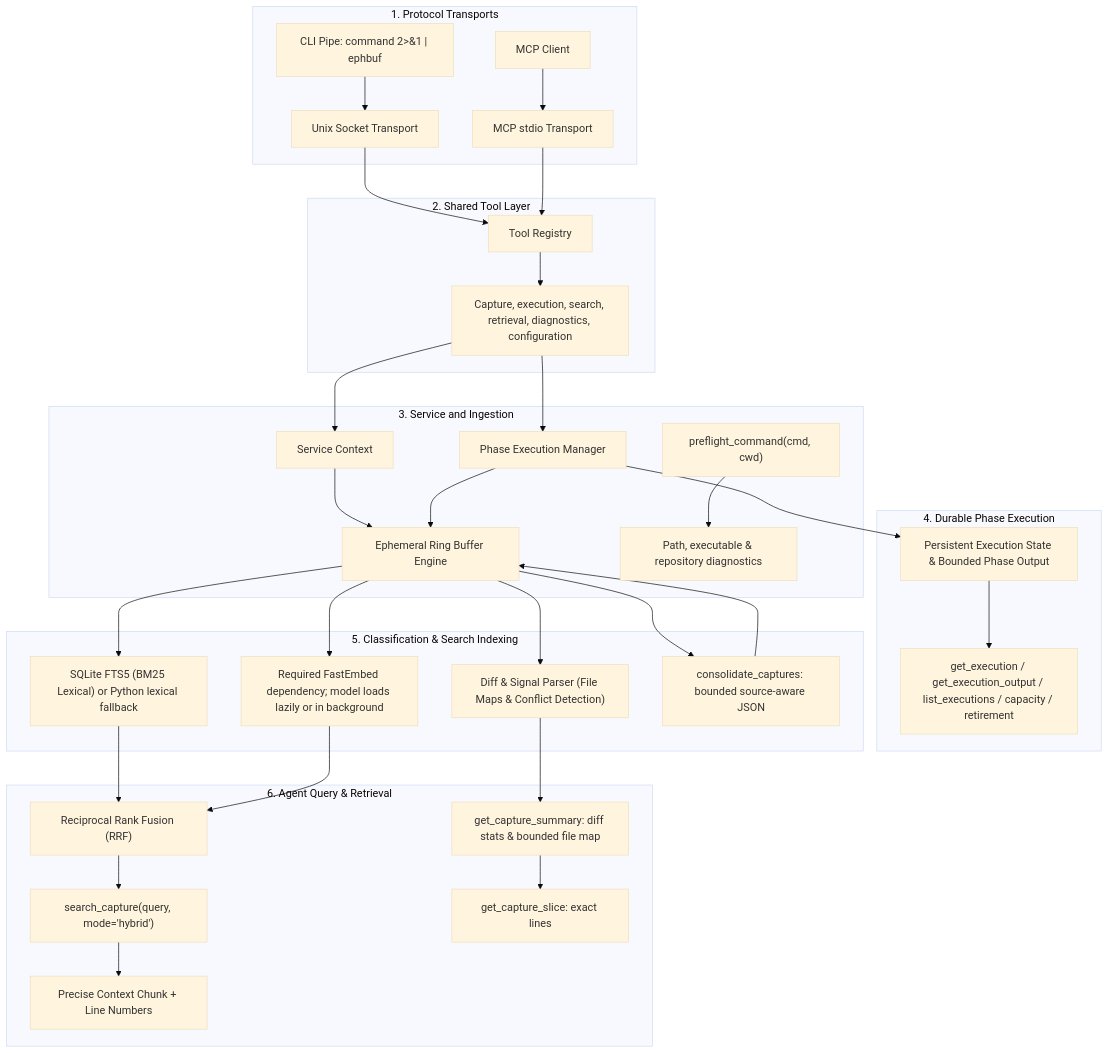
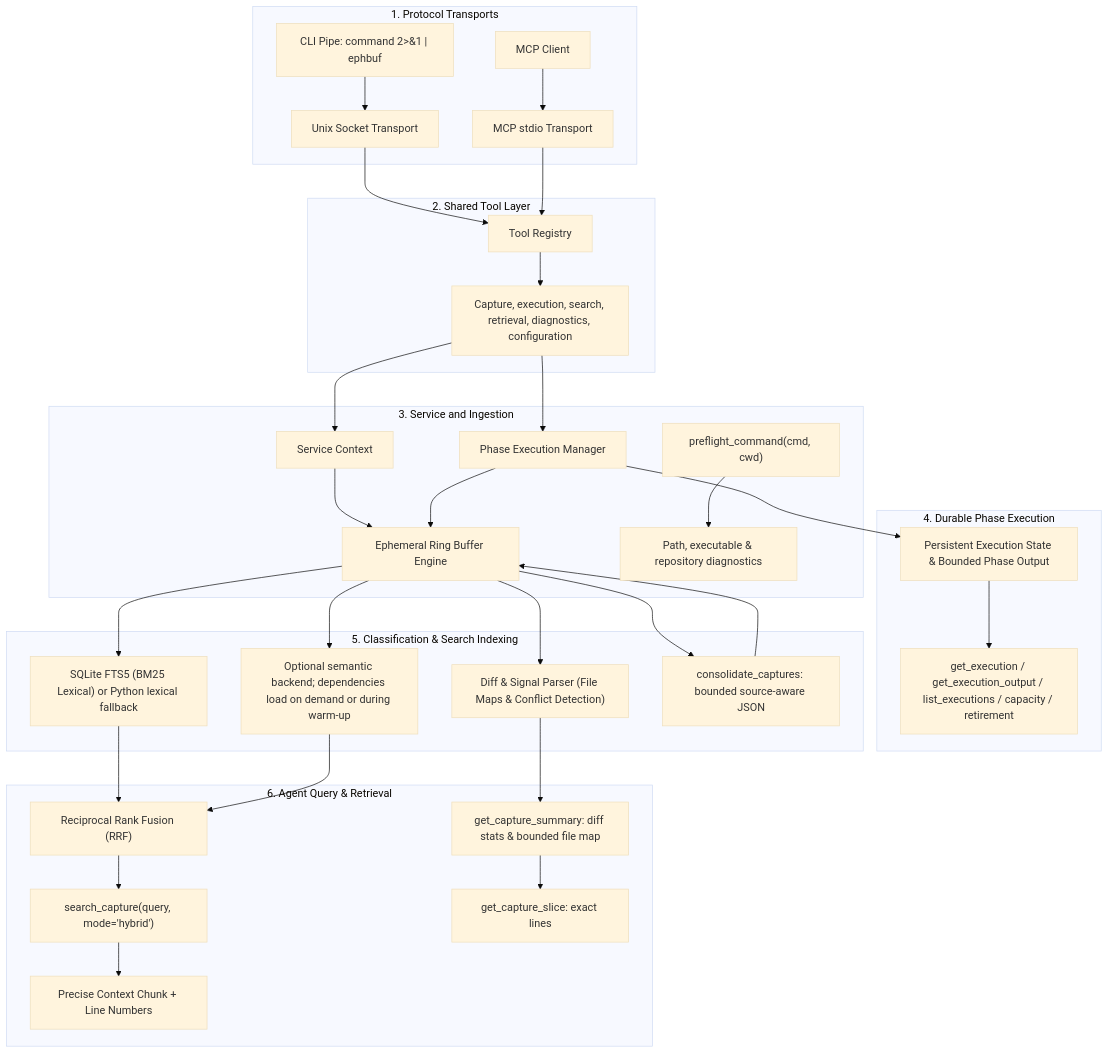
The diagram in docs/architecture.md (k-rister/ephemeral-buffer-mcp), drawn with Mermaid (base theme) before and after one commit. The commit also changed other lines of this file and 23 other files, not shown here.

````diff
--- a/docs/architecture.md
+++ b/docs/architecture.md
@@ -3,42 +3,42 @@
 ```mermaid
 flowchart TD
     subgraph Transports["1. Protocol Transports"]
         A["CLI Pipe: command 2>&1 | ephbuf"] --> S["Unix Socket Transport"]
         B["MCP Client"] --> MT["MCP stdio Transport"]
     end
 
     subgraph Tools["2. Shared Tool Layer"]
         S --> R["Tool Registry"]
         MT --> R
         R --> T["Capture, execution, search, retrieval, diagnostics, configuration"]
     end
 
     subgraph Ingestion["3. Service and Ingestion"]
         T --> C["Service Context"]
         C --> E["Ephemeral Ring Buffer Engine"]
         T --> Y["Phase Execution Manager"]
         P["preflight_command(cmd, cwd)"] --> Q["Path, executable & repository diagnostics"]
     end
 
     subgraph Execution["4. Durable Phase Execution"]
         Y --> Z["Persistent Execution State & Bounded Phase Output"]
         Y --> E
         Z --> AA["get_execution / get_execution_output / list_executions / capacity / retirement"]
     end
 
     subgraph Indexing["5. Classification & Search Indexing"]
         E --> F["SQLite FTS5 (BM25 Lexical) or Python lexical fallback"]
-        E --> G["Required FastEmbed dependency; model loads lazily or in background"]
+        E --> G["Optional semantic backend; dependencies load on demand or during warm-up"]
         E --> K["Diff & Signal Parser (File Maps & Conflict Detection)"]
         E --> CO["consolidate_captures: bounded source-aware JSON"]
         CO --> E
     end
 
     subgraph Querying["6. Agent Query & Retrieval"]
         F & G --> H["Reciprocal Rank Fusion (RRF)"]
         H --> I["search_capture(query, mode='hybrid')"]
         K --> L["get_capture_summary: diff stats & bounded file map"]
         L --> N["get_capture_slice: exact lines"]
         I --> J["Precise Context Chunk + Line Numbers"]
     end
 ```
````
